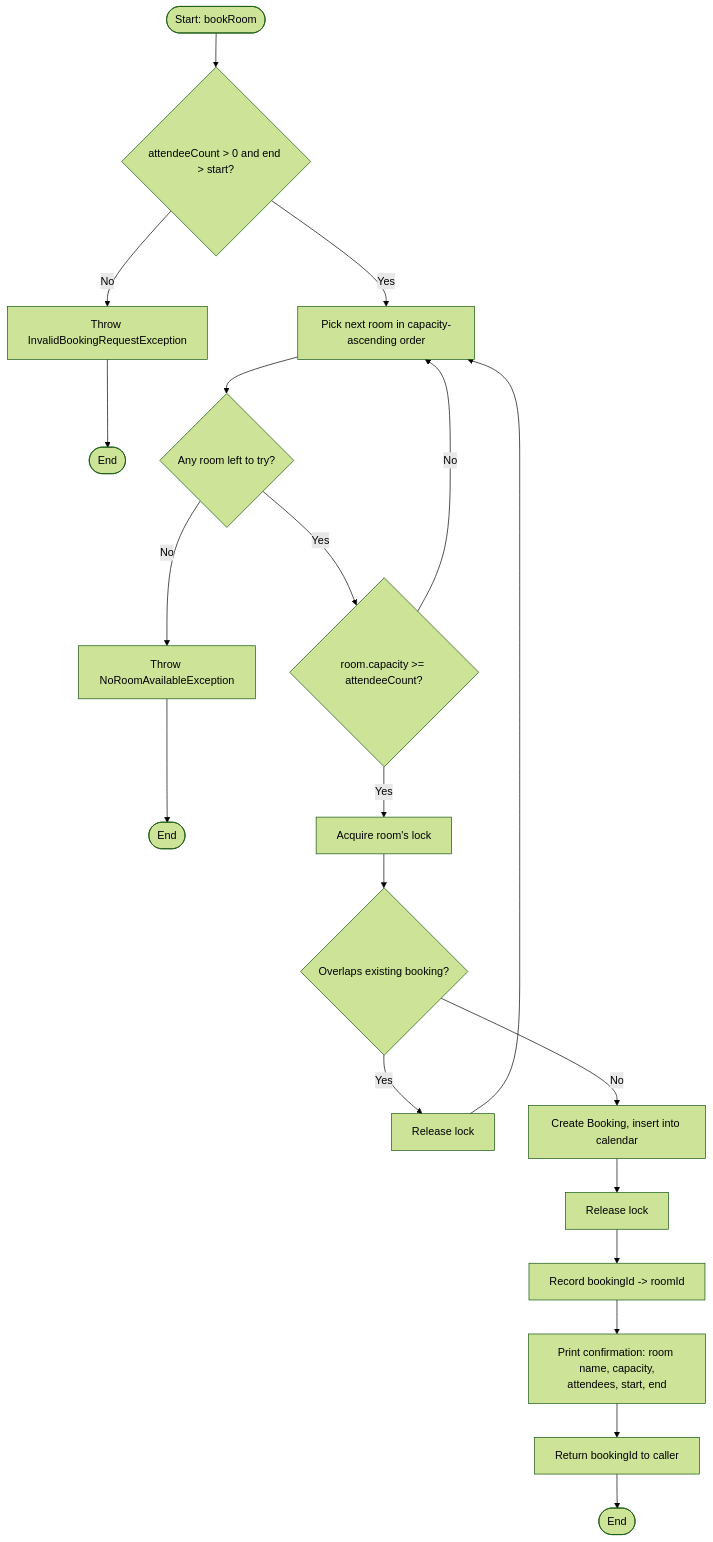
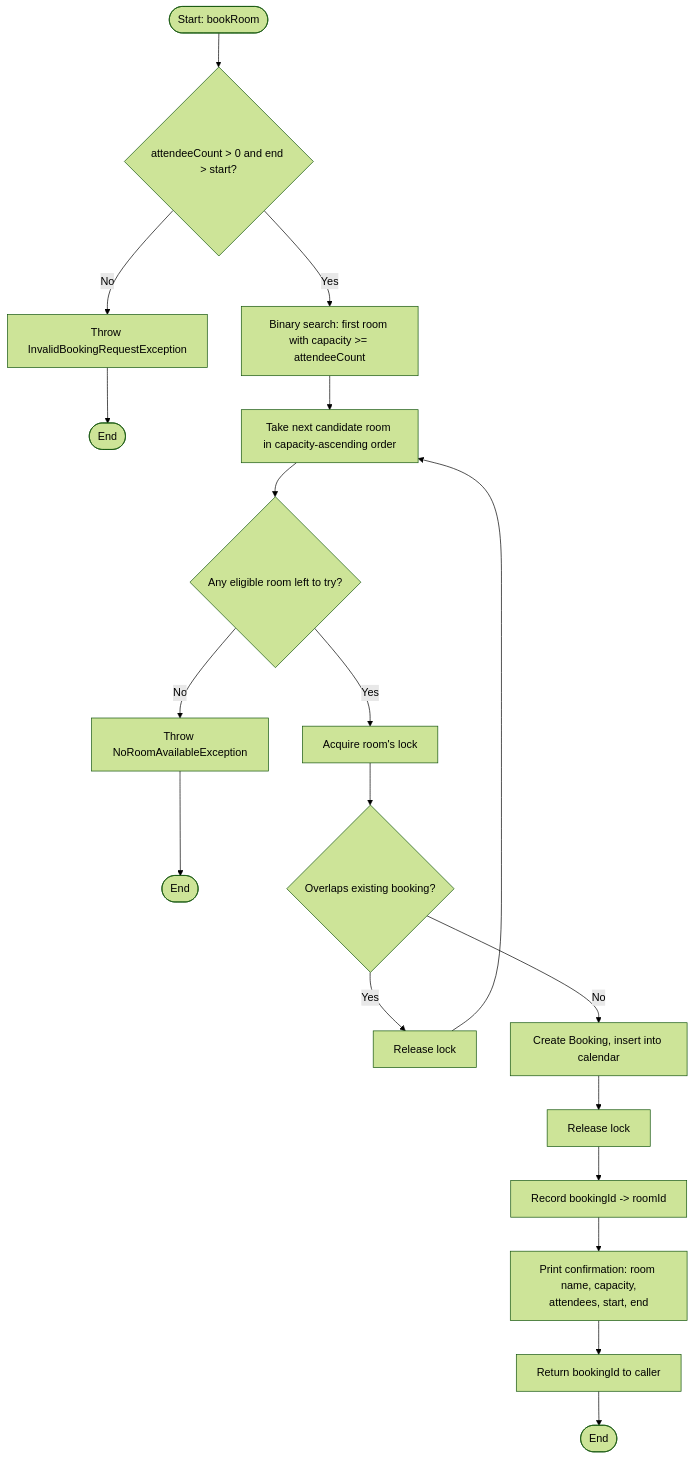
Before and after one commit to ABHIJEET-MUNESHWAR/LowLevelDesign: the fifth of 5 diagrams in src/com/lowleveldesign/meetingscheduler/README.md, drawn with Mermaid (forest theme). The commit also changed other lines of this file and 9 other files, not shown here.

````diff
--- a/src/com/lowleveldesign/meetingscheduler/README.md
+++ b/src/com/lowleveldesign/meetingscheduler/README.md
@@ -300,26 +304,24 @@
 ```mermaid
 flowchart TD
     Start([Start: bookRoom]) --> Validate{attendeeCount > 0 and end > start?}
     Validate -- No --> Invalid[Throw InvalidBookingRequestException]
     Invalid --> End1([End])
 
-    Validate -- Yes --> NextRoom[Pick next room in capacity-ascending order]
-    NextRoom --> HasNext{Any room left to try?}
+    Validate -- Yes --> Locate[Binary search: first room with capacity >= attendeeCount]
+    Locate --> NextRoom[Take next candidate room in capacity-ascending order]
+    NextRoom --> HasNext{Any eligible room left to try?}
     HasNext -- No --> NoRoom[Throw NoRoomAvailableException]
     NoRoom --> End2([End])
 
-    HasNext -- Yes --> CapacityCheck{room.capacity >= attendeeCount?}
-    CapacityCheck -- No --> NextRoom
-
-    CapacityCheck -- Yes --> AcquireLock[Acquire room's lock]
+    HasNext -- Yes --> AcquireLock[Acquire room's lock]
     AcquireLock --> OverlapCheck{Overlaps existing booking?}
     OverlapCheck -- Yes --> ReleaseLock1[Release lock]
     ReleaseLock1 --> NextRoom
 
     OverlapCheck -- No --> CreateBooking[Create Booking, insert into calendar]
     CreateBooking --> ReleaseLock2[Release lock]
     ReleaseLock2 --> Index[Record bookingId -> roomId]
     Index --> Print[Print confirmation: room name, capacity,<br/>attendees, start, end]
     Print --> Success[Return bookingId to caller]
     Success --> End3([End])
 ```
````
